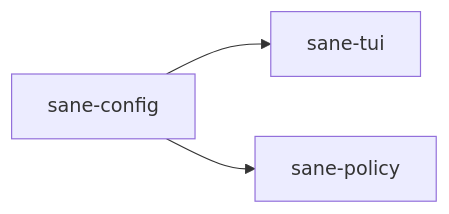
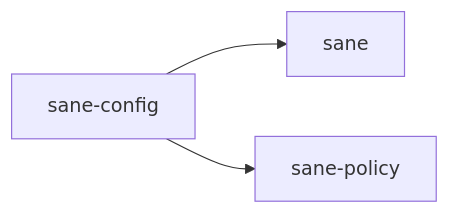
Before and after one commit to lammersbjorn/sane: the diagram in crates/sane-config/README.md, drawn with Mermaid. The commit also changed other lines of this file and 14 other files, not shown here.

````diff
--- a/crates/sane-config/README.md
+++ b/crates/sane-config/README.md
@@ -25,5 +49,5 @@
 ```mermaid
 flowchart LR
-    C["sane-config"] --> T["sane-tui"]
+    C["sane-config"] --> T["sane"]
     C --> P["sane-policy"]
 ```
````
